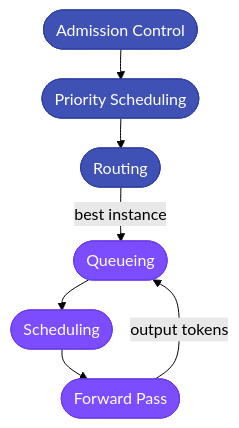
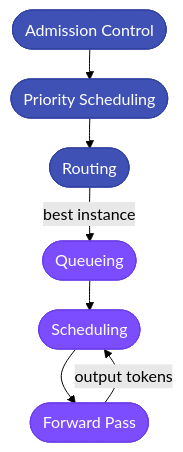
One commit to inference-sim/inference-sim changed the first of 3 diagrams in docs/blog/posts/why-simulate-before-you-scale.md. Above: the diagram before and after it, drawn with Mermaid (forest theme).

Commit message:
fix(docs): loop output tokens back to scheduling, not queueing

````diff
--- a/docs/blog/posts/why-simulate-before-you-scale.md
+++ b/docs/blog/posts/why-simulate-before-you-scale.md
@@ -46,18 +46,18 @@
 ```mermaid
 ---
 config:
   flowchart:
     nodeSpacing: 16
     rankSpacing: 30
 ---
 flowchart TD
     AC(["Admission Control"]):::cluster --> PS(["Priority Scheduling"]):::cluster
     PS --> RT(["Routing"]):::cluster
     RT -->|"best instance"| Q(["Queueing"]):::instance
     Q --> S(["Scheduling"]):::instance
     S --> FP(["Forward Pass"]):::instance
-    FP -->|"output tokens"| Q
+    FP -->|"output tokens"| S
 
     classDef cluster fill:#4051b5,color:#fff,stroke:#3040a0
     classDef instance fill:#7c4dff,color:#fff,stroke:#6a3de8
 ```
````
